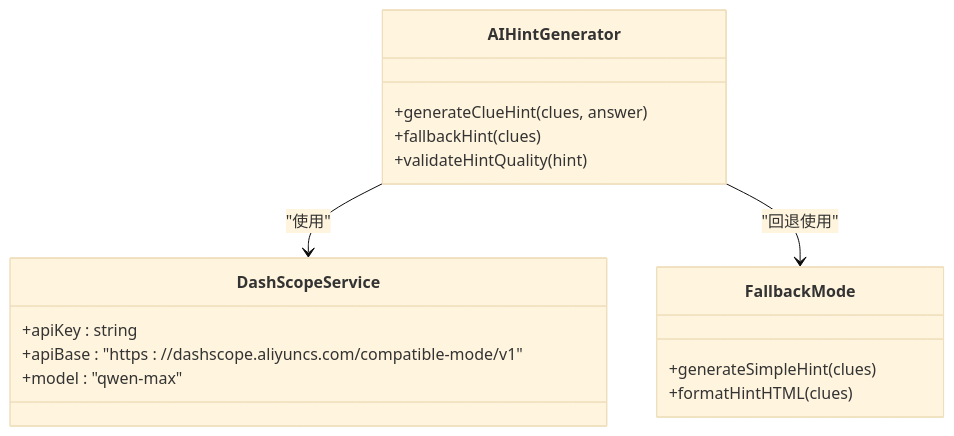
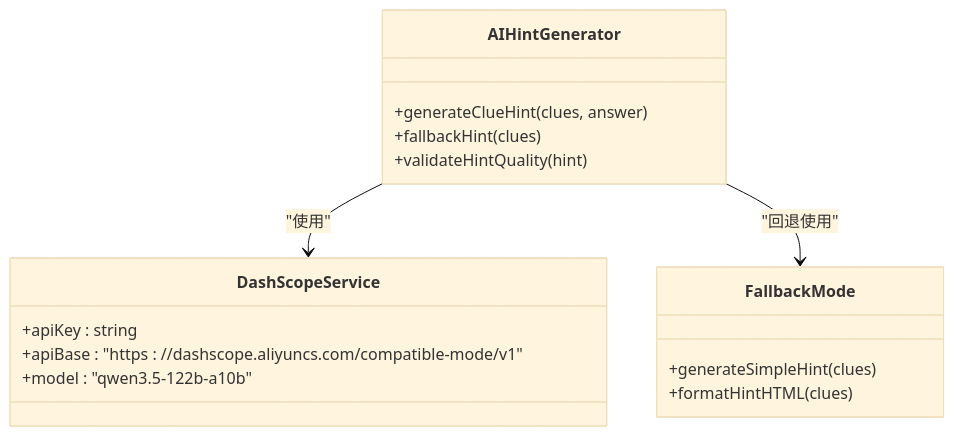
One commit to billychou/linkedin-answer changed diagram 11 of 13 in .qoder/repowiki/zh/content/核心功能模块/游戏答案查询系统/Pinpoint 拼图内容扩展.md. Above: the diagram before and after it, drawn with Mermaid (base theme). The commit also changed other lines of this file and 1 other file, not shown here.

````diff
--- a/.qoder/repowiki/zh/content/核心功能模块/游戏答案查询系统/Pinpoint 拼图内容扩展.md
+++ b/.qoder/repowiki/zh/content/核心功能模块/游戏答案查询系统/Pinpoint 拼图内容扩展.md
@@ -408,19 +412,19 @@
 ```mermaid
 classDiagram
 class AIHintGenerator {
 +generateClueHint(clues, answer)
 +fallbackHint(clues)
 +validateHintQuality(hint)
 }
 class DashScopeService {
 +apiKey : string
 +apiBase : "https : //dashscope.aliyuncs.com/compatible-mode/v1"
-+model : "qwen-max"
++model : "qwen3.5-122b-a10b"
 }
 class FallbackMode {
 +generateSimpleHint(clues)
 +formatHintHTML(clues)
 }
 AIHintGenerator --> DashScopeService : "使用"
 AIHintGenerator --> FallbackMode : "回退使用"
 ```
````
